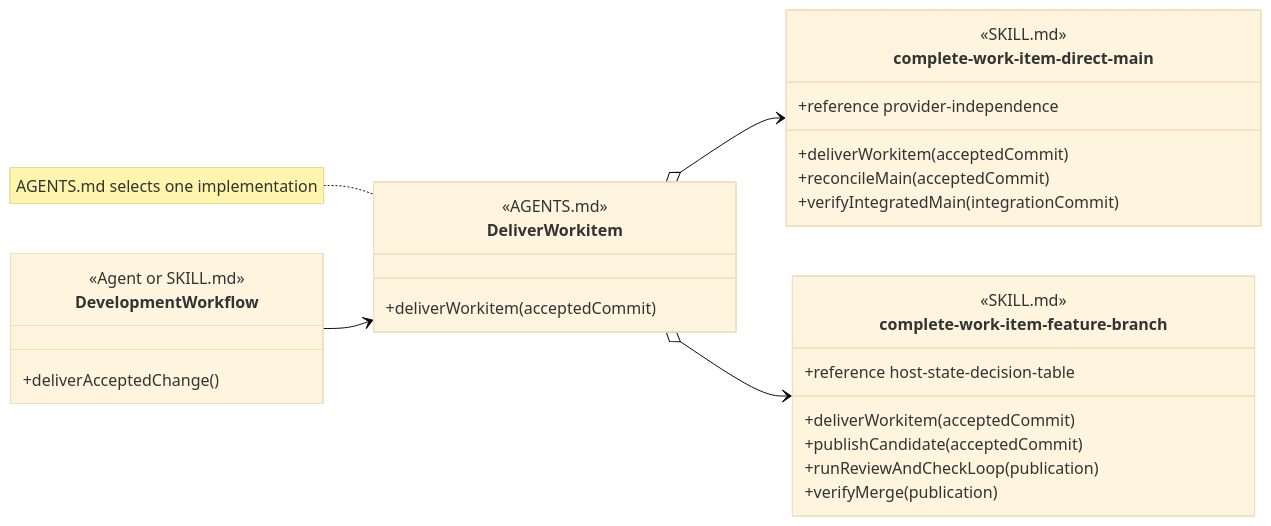
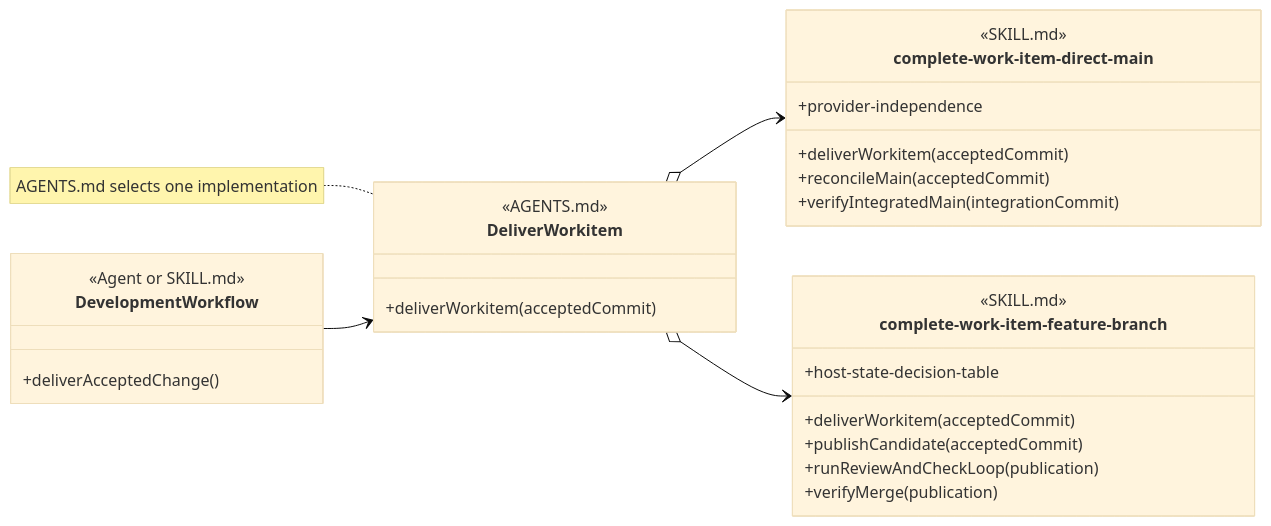
One commit to martinbechard/dev-methodology changed the ninth of 11 diagrams in design/object-oriented-agent-and-skill-model.md. Above: the diagram before and after it, drawn with Mermaid (base theme). The commit also changed other lines of this file and 2 other files, not shown here.

````diff
--- a/design/object-oriented-agent-and-skill-model.md
+++ b/design/object-oriented-agent-and-skill-model.md
@@ -470,39 +482,39 @@
 ```mermaid
 classDiagram
     direction LR
 
     class DevelopmentWorkflow {
         <<Agent or SKILL.md>>
         +deliverAcceptedChange()
     }
 
     class DeliverWorkitem {
         <<AGENTS.md>>
         +deliverWorkitem(acceptedCommit)
     }
 
     class complete-work-item-direct-main {
         <<SKILL.md>>
         <<Injectable Skill>>
         +deliverWorkitem(acceptedCommit)
         +reconcileMain(acceptedCommit)
         +verifyIntegratedMain(integrationCommit)
-        +reference provider-independence
+        +provider-independence
     }
 
     class complete-work-item-feature-branch {
         <<SKILL.md>>
         <<Injectable Skill>>
         +deliverWorkitem(acceptedCommit)
         +publishCandidate(acceptedCommit)
         +runReviewAndCheckLoop(publication)
         +verifyMerge(publication)
-        +reference host-state-decision-table
+        +host-state-decision-table
     }
 
     DevelopmentWorkflow --> DeliverWorkitem
     DeliverWorkitem o--> complete-work-item-direct-main
     DeliverWorkitem o--> complete-work-item-feature-branch
 
     note for DeliverWorkitem "AGENTS.md selects one implementation"
 ```
````
